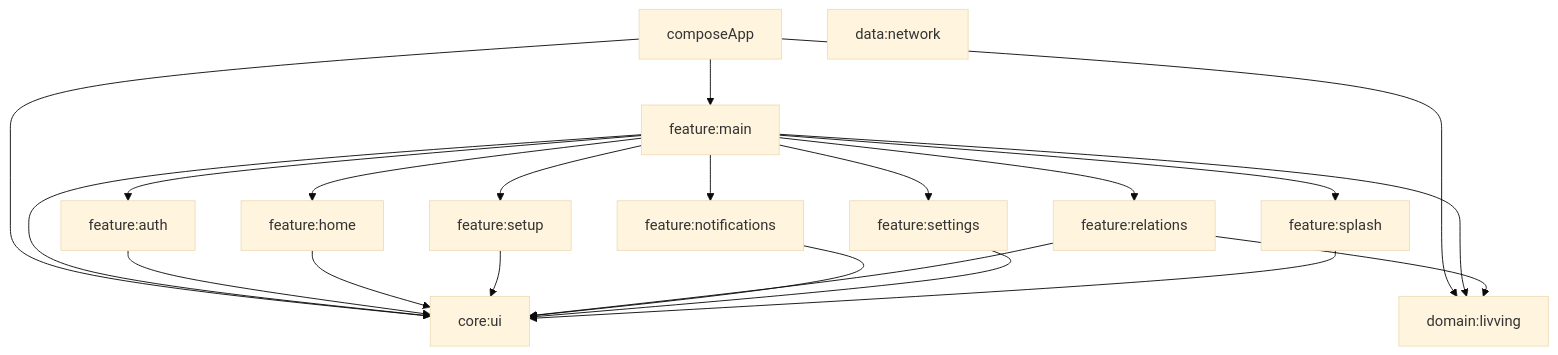
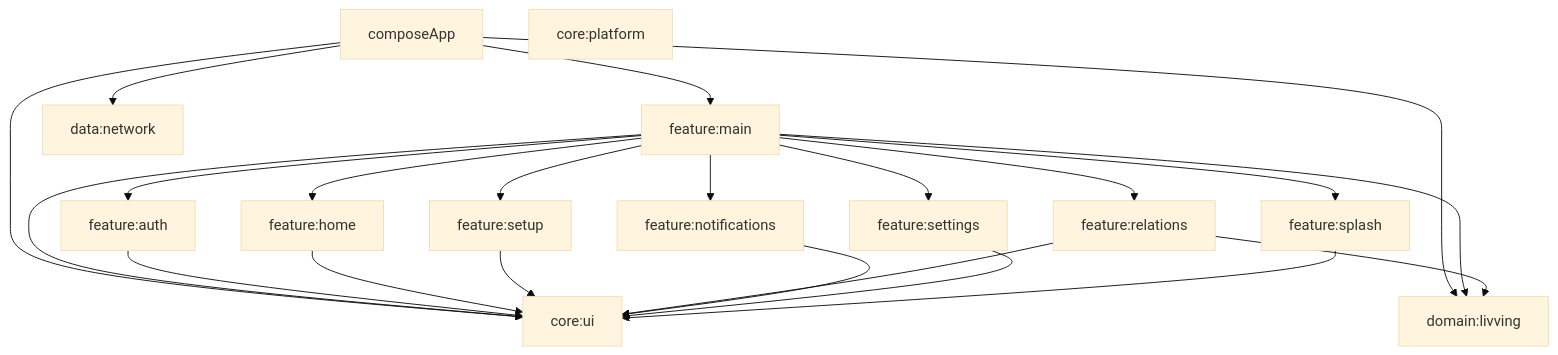
Before and after one commit to mrohseungjun/livving: the diagram in README.md, drawn with Mermaid (base theme). The commit also changed other lines of this file and 46 other files, not shown here.

````diff
--- a/README.md
+++ b/README.md
@@ -33,27 +33,28 @@
 ```mermaid
 graph TD
     composeApp --> feature_main[feature:main]
     composeApp --> core_ui[core:ui]
     composeApp --> domain_livving[domain:livving]
+    composeApp --> data_network[data:network]
 
     feature_main --> feature_auth[feature:auth]
     feature_main --> feature_home[feature:home]
     feature_main --> feature_setup[feature:setup]
     feature_main --> feature_relations[feature:relations]
     feature_main --> feature_notifications[feature:notifications]
     feature_main --> feature_settings[feature:settings]
     feature_main --> feature_splash[feature:splash]
     feature_main --> domain_livving
     feature_main --> core_ui
 
     feature_auth --> core_ui
     feature_home --> core_ui
     feature_setup --> core_ui
     feature_relations --> core_ui
     feature_relations --> domain_livving
     feature_notifications --> core_ui
     feature_settings --> core_ui
     feature_splash --> core_ui
 
-    data_network[data:network]
+    core_platform[core:platform]
 ```
````
